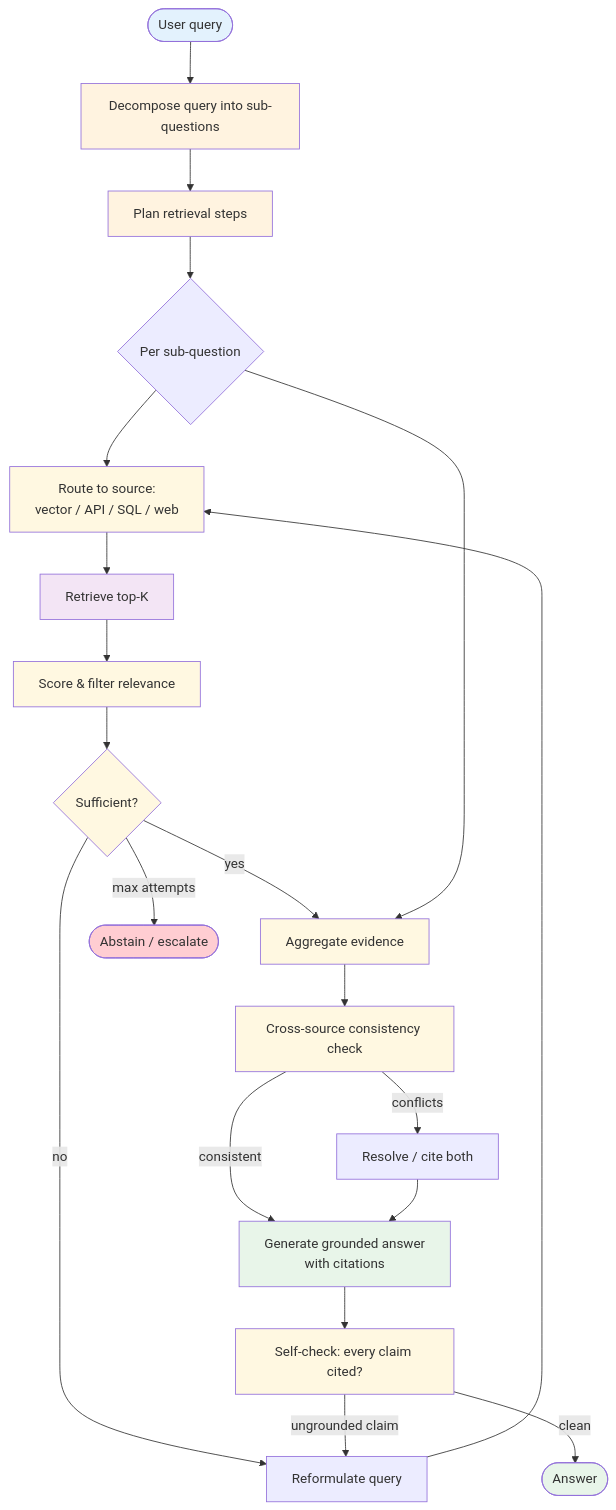
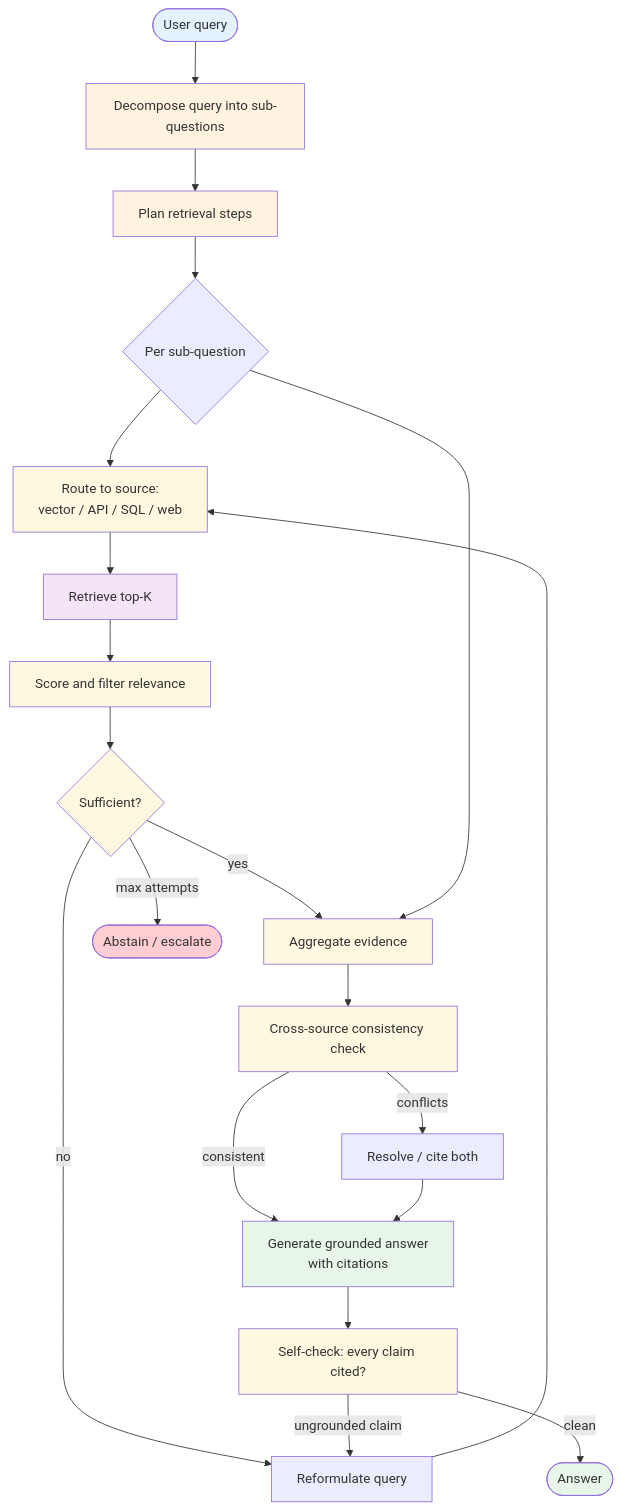
One commit to jagguvarma15/agent-blueprints changed the diagram in patterns/agentic_rag/overview.md. Above: the diagram before and after it, drawn with Mermaid. The commit also changed 17 other files, not shown here.

````diff
--- a/patterns/agentic_rag/overview.md
+++ b/patterns/agentic_rag/overview.md
@@ -9,36 +9,36 @@
 ```mermaid
 graph TD
     Q([User query]) --> Decompose[Decompose query into sub-questions]
     Decompose --> Plan[Plan retrieval steps]
     Plan --> Loop{Per sub-question}
     Loop --> Route[Route to source:<br/>vector / API / SQL / web]
     Route --> Retrieve[Retrieve top-K]
-    Retrieve --> Score[Score & filter relevance]
+    Retrieve --> Score["Score and filter relevance"]
     Score --> Reflect{Sufficient?}
     Reflect -->|"no"| Reform[Reformulate query]
     Reform --> Route
     Reflect -->|"yes"| Aggregate[Aggregate evidence]
     Loop --> Aggregate
     Aggregate --> Cross[Cross-source consistency check]
     Cross -->|"conflicts"| Resolve[Resolve / cite both]
     Cross -->|"consistent"| Gen[Generate grounded answer<br/>with citations]
     Resolve --> Gen
     Gen --> Verify[Self-check: every claim cited?]
     Verify -->|"ungrounded claim"| Reform
     Verify -->|"clean"| Out([Answer])
     Reflect -->|"max attempts"| Abstain([Abstain / escalate])
 
     style Q fill:#e3f2fd
     style Decompose fill:#fff3e0
     style Plan fill:#fff3e0
     style Route fill:#fff8e1
     style Retrieve fill:#f3e5f5
     style Score fill:#fff8e1
     style Reflect fill:#fff8e1
     style Aggregate fill:#fff8e1
     style Cross fill:#fff8e1
     style Verify fill:#fff8e1
     style Gen fill:#e8f5e9
     style Out fill:#e8f5e9
     style Abstain fill:#ffcdd2
 ```
````
